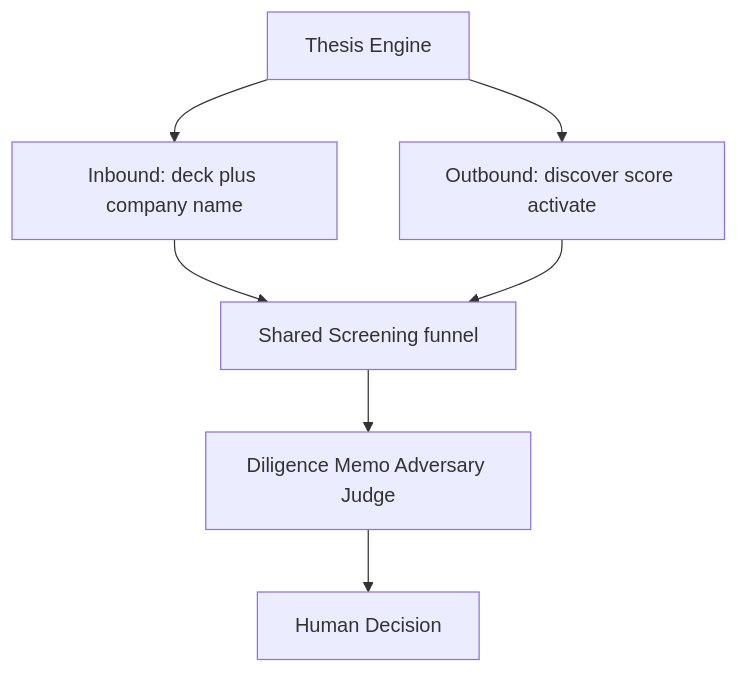
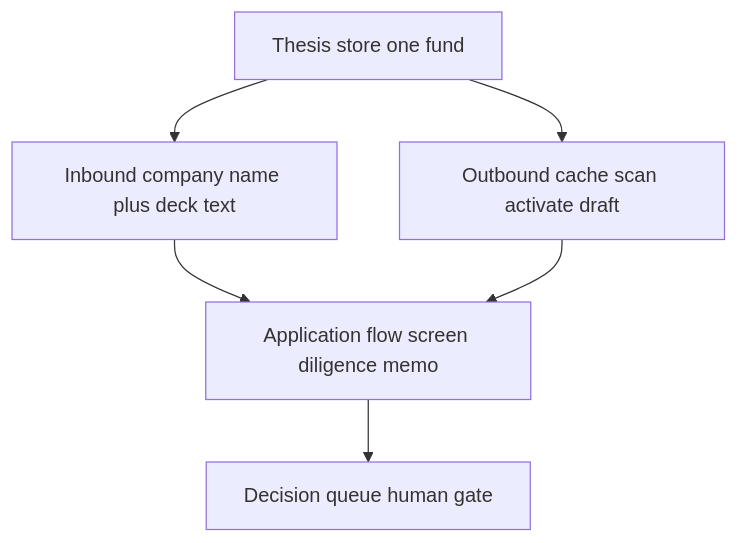
One commit to YagizSeymen/testtry changed the third of 8 diagrams in Plan.md. Above: the diagram before and after it, drawn with Mermaid. The commit also changed other lines of this file, not shown here.

````diff
--- a/Plan.md
+++ b/Plan.md
@@ -174,16 +179,14 @@
 ```mermaid
 flowchart TB
-  Thesis[Thesis Engine]
-  Inbound[Inbound: deck plus company name]
-  Outbound[Outbound: discover score activate]
-  Screen[Shared Screening funnel]
-  Diligence[Diligence Memo Adversary Judge]
-  Decision[Human Decision]
+  Thesis[Thesis store one fund]
+  Inbound[Inbound company name plus deck text]
+  Outbound[Outbound cache scan activate draft]
+  AppFlow[Application flow screen diligence memo]
+  Gate[Decision queue human gate]
 
   Thesis --> Inbound
   Thesis --> Outbound
-  Inbound --> Screen
-  Outbound --> Screen
-  Screen --> Diligence
-  Diligence --> Decision
+  Inbound --> AppFlow
+  Outbound --> AppFlow
+  AppFlow --> Gate
 ```
````
